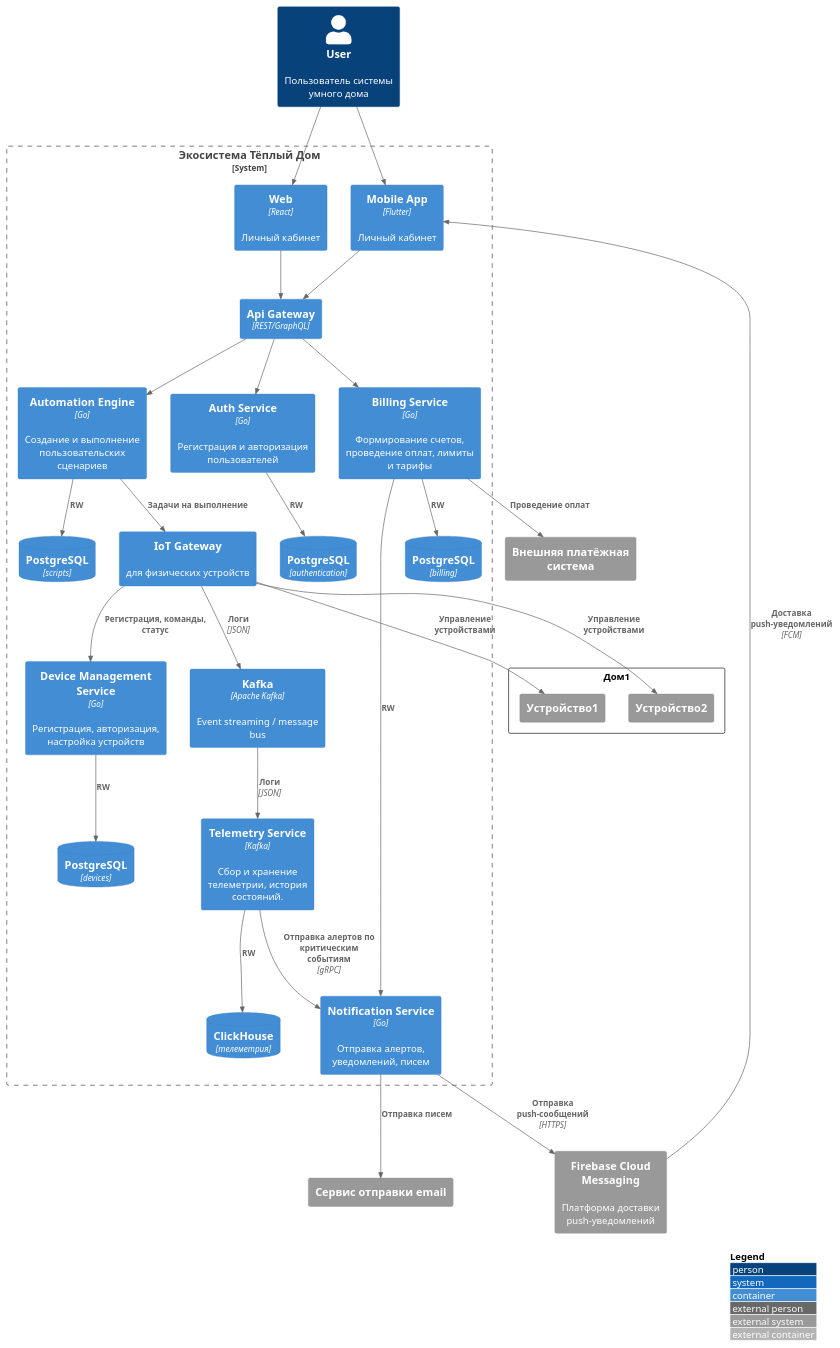
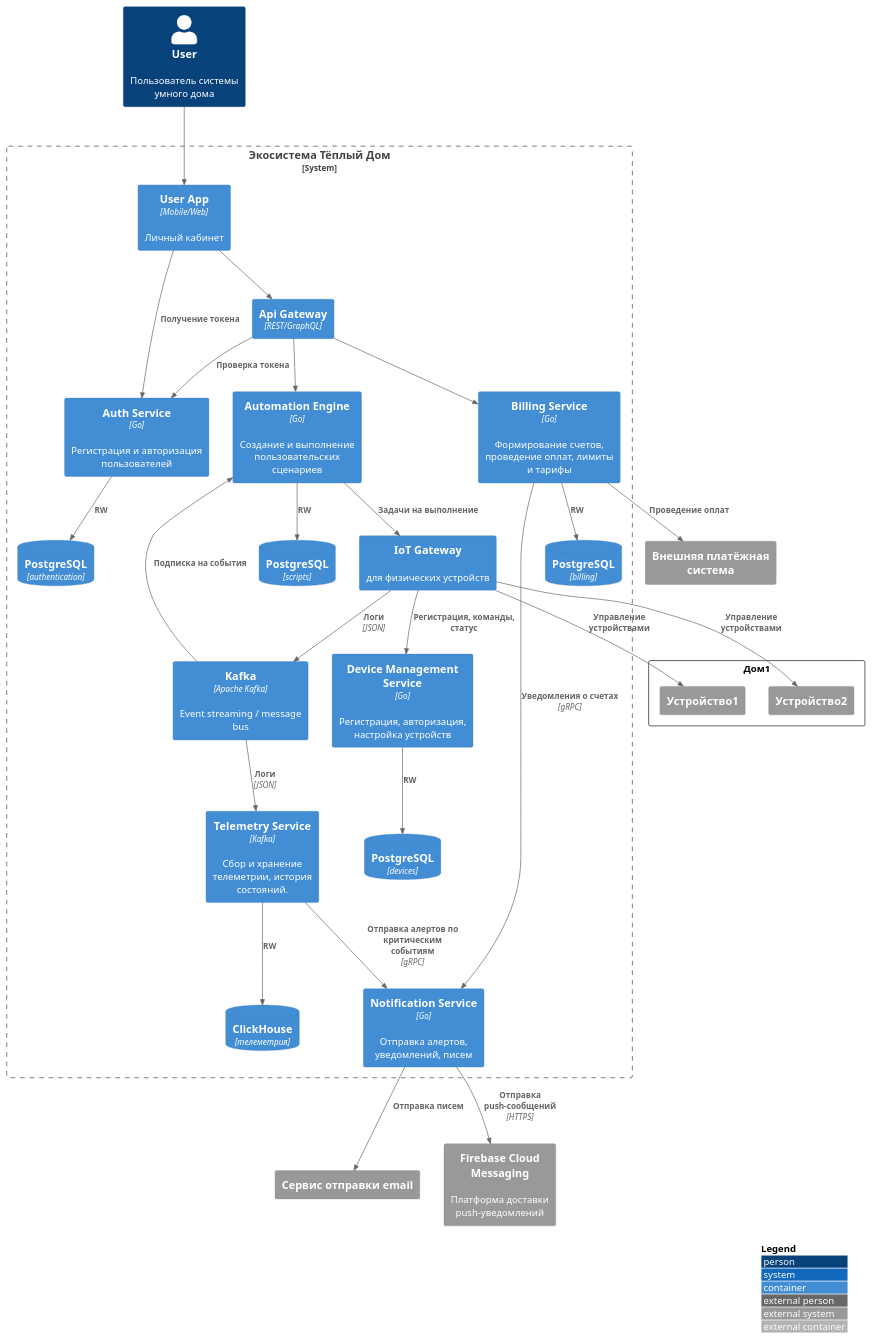
Before and after one commit to achrt/architecture-warmhouse: the diagram in apps/smart_home/diagrams/context/new-context.puml, drawn with PlantUML. The commit also changed 6 other files, not shown here.

```diff
--- a/apps/smart_home/diagrams/context/new-context.puml
+++ b/apps/smart_home/diagrams/context/new-context.puml
@@ -1,86 +1,82 @@
 @startuml C4_Container
 !includeurl https://raw.githubusercontent.com/plantuml-stdlib/C4-PlantUML/master/C4_Container.puml
 
 LAYOUT_WITH_LEGEND()
 
 Person(user, "User", "Пользователь системы умного дома")
 
 rectangle "Дом1" {
   System_Ext(iotDevice1, "Устройство1")
   System_Ext(iotDevice2, "Устройство2")
 }
 
 System_Ext(paymentSys, "Внешняя платёжная система")
 System_Ext(emailService, "Сервис отправки email")
 System_Ext(fcm, "Firebase Cloud Messaging", "Платформа доставки push-уведомлений")
 
 
 System_Boundary(system, "Экосистема Тёплый Дом") {
 
-  Container(webApp, "Web", "React", "Личный кабинет")
-  Container(mobApp, "Mobile App", "Flutter", "Личный кабинет")
+  Container(app, "User App", "Mobile/Web", "Личный кабинет")
 
   Container(billingService, "Billing Service", "Go", "Формирование счетов, проведение оплат, лимиты и тарифы")
   ContainerDb(billingDB, "PostgreSQL", "billing")
   
   Container(authService, "Auth Service", "Go", "Регистрация и авторизация пользователей")
   ContainerDb(authDB, "PostgreSQL", "authentication")
 
   Container(deviceService, "Device Management Service", "Go", "Регистрация, авторизация, настройка устройств")
   ContainerDb(devicesDB, "PostgreSQL", "devices")
 
   Container(telemetryService, "Telemetry Service", "Kafka", "Сбор и хранение телеметрии, история состояний.")
   ContainerDb(telemetryDB, "ClickHouse", "телеметрия")
 
   Container(automationService, "Automation Engine", "Go", "Создание и выполнение пользовательских сценариев")
   ContainerDb(automationDB, "PostgreSQL", "scripts")
 
   Container(notificationService, "Notification Service", "Go", "Отправка алертов, уведомлений, писем")
   
   Container(iotGateway, "IoT Gateway", "", "для физических устройств")
   Container(apiGateway, "Api Gateway", "REST/GraphQL")
 
   Container(kafka, "Kafka", "Apache Kafka", "Event streaming / message bus")
 }
 
 
 
+' Взаимодействия
+Rel(user, app, "")
 
+Rel(app, apiGateway, "")
 
-' Взаимодействия
-Rel(user, webApp, "")
-Rel(user, mobApp, "")
-
-Rel(webApp, apiGateway, "")
-Rel(mobApp, apiGateway, "")
-
-Rel(apiGateway, authService, "")
+Rel(app, authService, "Получение токена")
+Rel(apiGateway, authService, "Проверка токена")
 Rel(apiGateway, billingService, "")
 Rel(apiGateway, automationService, "")
 
 
 Rel(iotGateway, deviceService, "Регистрация, команды, статус")
 Rel(iotGateway, kafka, "Логи", "JSON")
 Rel(kafka, telemetryService,"Логи", "JSON")
 Rel(automationService, iotGateway, "Задачи на выполнение")
+Rel(kafka, automationService,"Подписка на события")
 
 Rel(deviceService, devicesDB, "RW")
 
 Rel(billingService, billingDB, "RW")
 Rel(billingService, paymentSys, "Проведение оплат")
-Rel(billingService, notificationService, "RW")
+Rel(billingService, notificationService, "Уведомления о счетах", "gRPC")
 Rel(notificationService, emailService, "Отправка писем")
 Rel(automationService, automationDB, "RW")
 Rel(telemetryService, telemetryDB, "RW")
 Rel(authService, authDB, "RW")
 
 Rel(notificationService, fcm, "Отправка push-сообщений", "HTTPS")
-Rel(fcm, mobApp, "Доставка push-уведомлений", "FCM")
 
 Rel(telemetryService, notificationService, "Отправка алертов по критическим событиям", "gRPC")
 
 ' Дом1
 Rel(iotGateway, iotDevice1, "Управление устройствами")
 Rel(iotGateway, iotDevice2, "Управление устройствами")
 
 @enduml
```
